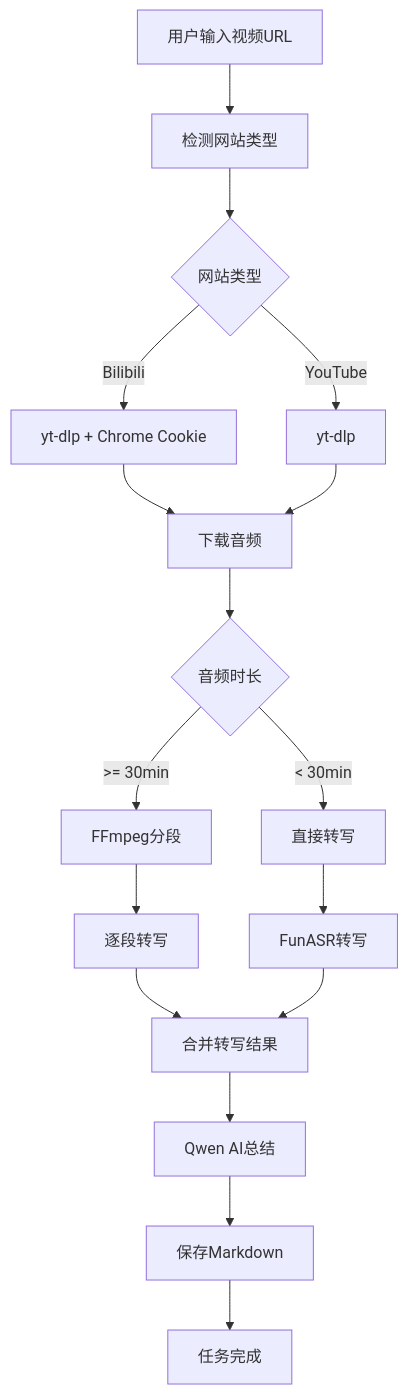
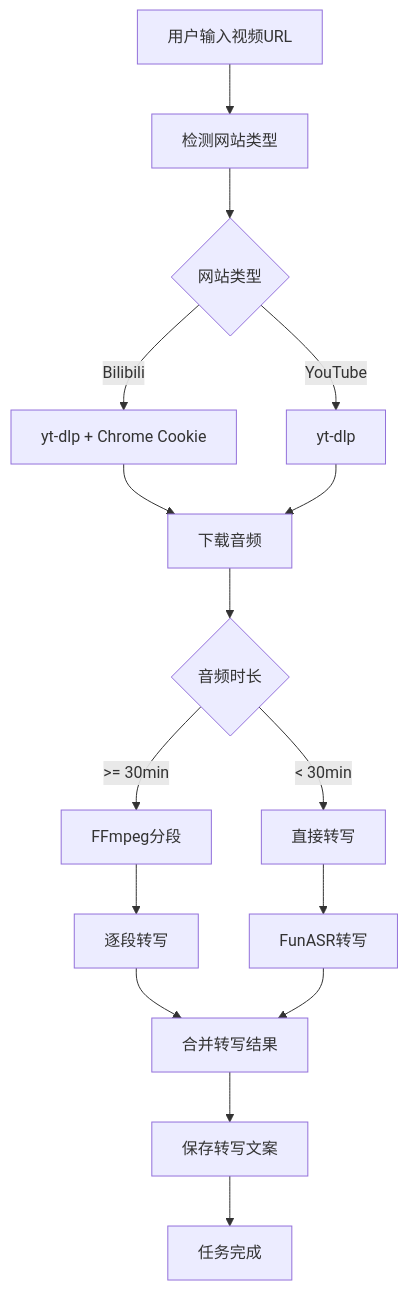
Before and after one commit to Riven-source/video-summarizer-D: the diagram in README.md, drawn with Mermaid. The commit also changed other lines of this file and 8 other files, not shown here.

````diff
--- a/README.md
+++ b/README.md
@@ -28,19 +27,18 @@
 ```mermaid
 flowchart TD
     A[用户输入视频URL] --> B[检测网站类型]
     B --> C{网站类型}
     C -->|Bilibili| D[yt-dlp + Chrome Cookie]
     C -->|YouTube| E[yt-dlp]
     D --> F[下载音频]
     E --> F
     F --> G{音频时长}
     G -->|< 30min| H[直接转写]
     G -->|>= 30min| I[FFmpeg分段]
     I --> J[逐段转写]
     H --> K[FunASR转写]
     J --> L[合并转写结果]
     K --> L
-    L --> M[Qwen AI总结]
-    M --> N[保存Markdown]
-    N --> O[任务完成]
+    L --> M[保存转写文案]
+    M --> N[任务完成]
 ```
````
